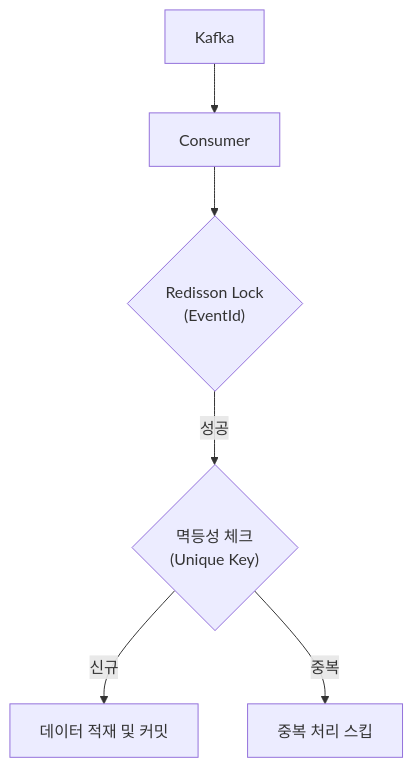
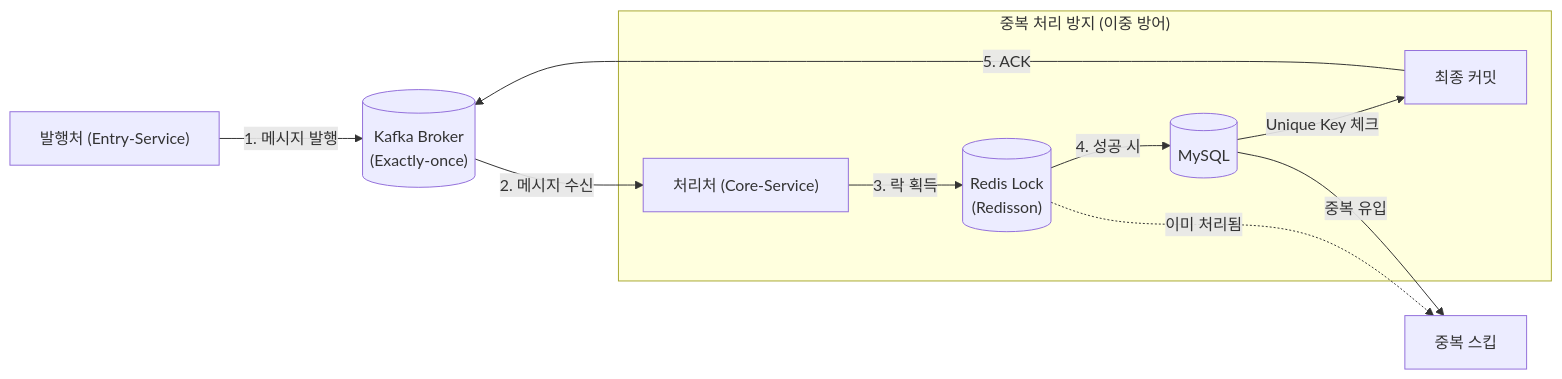
Before and after one commit to NileTheKing/marketing-intelligence-platform: the sixth of 13 diagrams in docs/ENGINEERING_JOURNEY.md, drawn with Mermaid. The commit also changed other lines of this file and 1 other file, not shown here.

````diff
--- a/docs/ENGINEERING_JOURNEY.md
+++ b/docs/ENGINEERING_JOURNEY.md
@@ -178,8 +194,15 @@
 ```mermaid
-flowchart TD
-    Kafka --> Consumer
-    Consumer --> Lock{"Redisson Lock<br/>(EventId)"}
-    Lock -->|성공| DB{"멱등성 체크<br/>(Unique Key)"}
-    DB -->|신규| Process["데이터 적재 및 커밋"]
-    DB -->|중복| Skip["중복 처리 스킵"]
+flowchart LR
+    Producer["발행처 (Entry-Service)"] -->|1. 메시지 발행| Kafka[("Kafka Broker\n(Exactly-once)")]
+    Kafka -->|2. 메시지 수신| Consumer["처리처 (Core-Service)"]
+    
+    subgraph Idempotent_Process ["중복 처리 방지 (이중 방어)"]
+        Consumer -->|3. 락 획득| Redis[("Redis Lock\n(Redisson)")]
+        Redis -->|4. 성공 시| DB[(MySQL)]
+        DB -->|Unique Key 체크| Commit["최종 커밋"]
+    end
+    
+    Commit -->|5. ACK| Kafka
+    Redis -.->|이미 처리됨| Skip["중복 스킵"]
+    DB -->|중복 유입| Skip["중복 스킵"]
 ```
````
